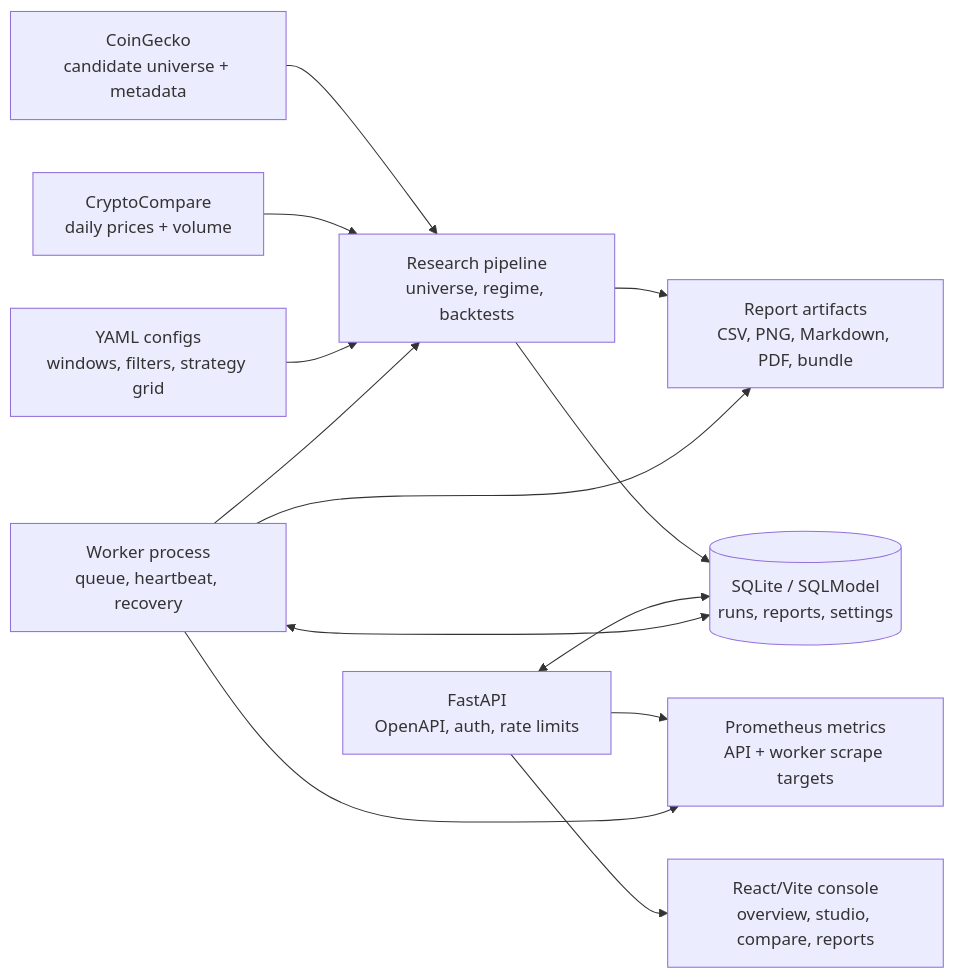
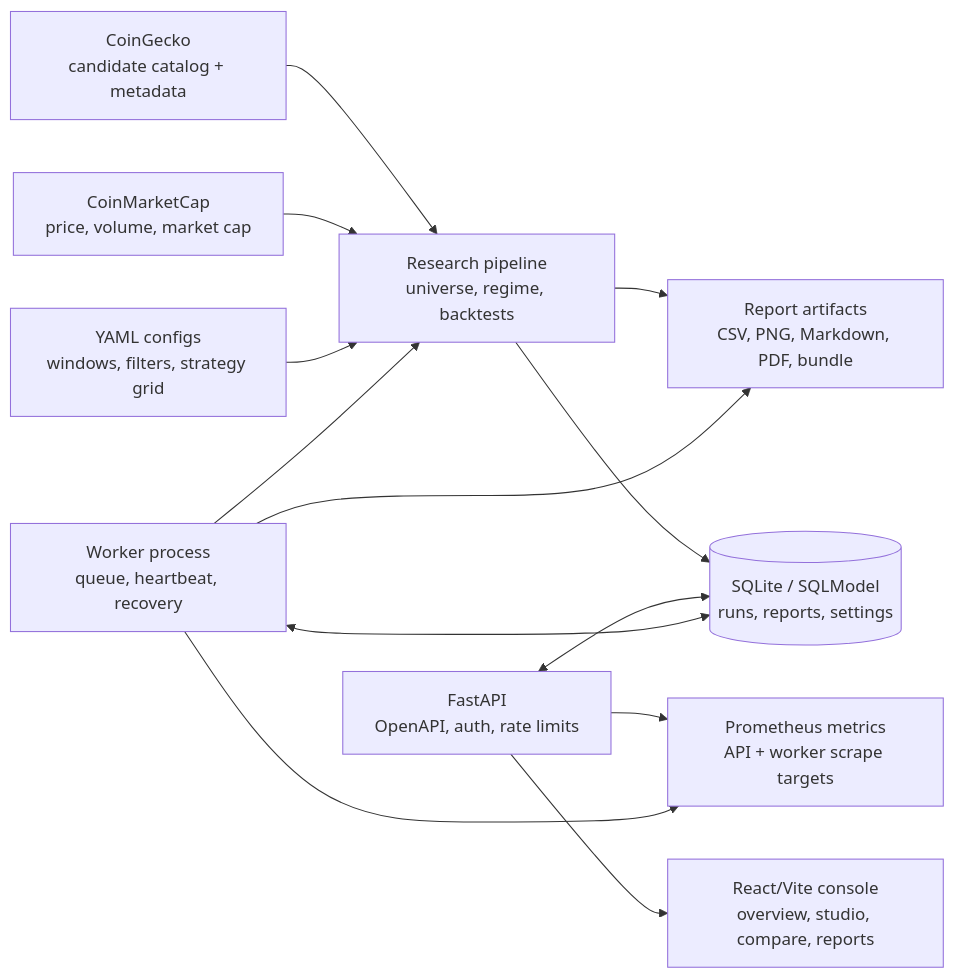
The diagram in README.md (WW-shan/Atlas20), drawn with Mermaid before and after one commit. The commit also changed other lines of this file and 220 other files, not shown here.

First line of the commit message:
feat(data)!: make CoinMarketCap the only historical provider

````diff
--- a/README.md
+++ b/README.md
@@ -44,26 +44,26 @@
 ```mermaid
 flowchart LR
-    CG[CoinGecko<br/>candidate universe + metadata]
-    CC[CryptoCompare<br/>daily prices + volume]
+    CG[CoinGecko<br/>candidate catalog + metadata]
+    CMC[CoinMarketCap<br/>price, volume, market cap]
     CFG[YAML configs<br/>windows, filters, strategy grid]
     PIPE[Research pipeline<br/>universe, regime, backtests]
     DB[(SQLite / SQLModel<br/>runs, reports, settings)]
     API[FastAPI<br/>OpenAPI, auth, rate limits]
     WORKER[Worker process<br/>queue, heartbeat, recovery]
     WEB[React/Vite console<br/>overview, studio, compare, reports]
     REPORTS[Report artifacts<br/>CSV, PNG, Markdown, PDF, bundle]
     METRICS[Prometheus metrics<br/>API + worker scrape targets]
 
     CG --> PIPE
-    CC --> PIPE
+    CMC --> PIPE
     CFG --> PIPE
     PIPE --> REPORTS
     PIPE --> DB
     API <--> DB
     API --> WEB
     API --> METRICS
     WORKER <--> DB
     WORKER --> PIPE
     WORKER --> REPORTS
     WORKER --> METRICS
 ```
````
